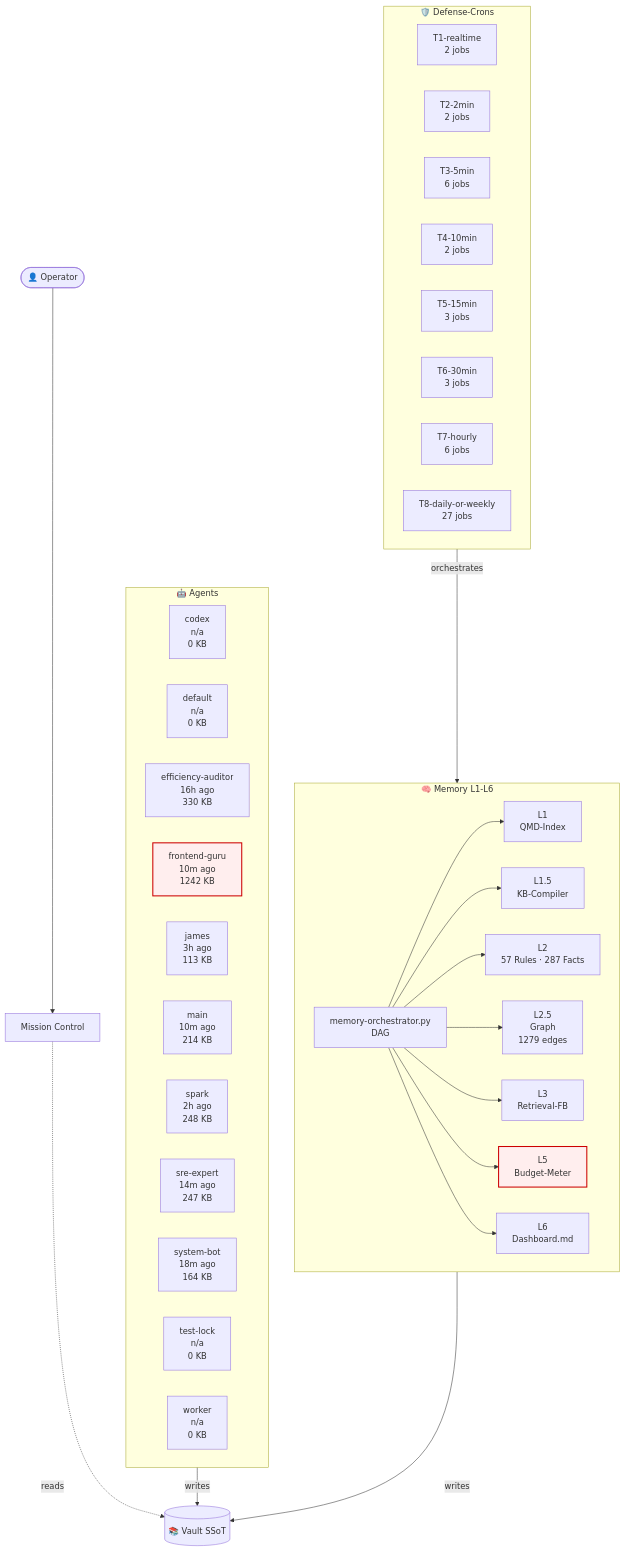
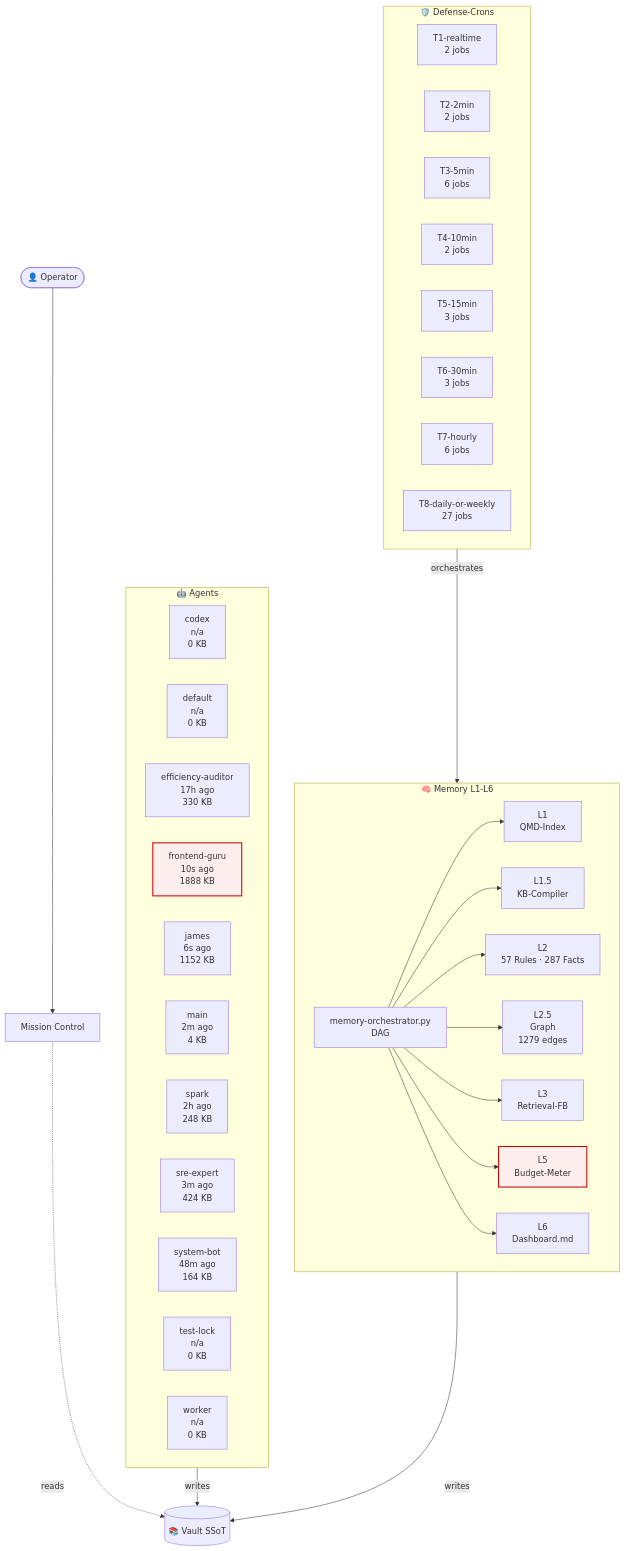
The diagram in 03-Agents/architecture-live.md (lenardhuebner88-rgb/openclaw-memory), drawn with Mermaid before and after one commit. The commit also changed other lines of this file and 6 other files, not shown here.

````diff
--- a/03-Agents/architecture-live.md
+++ b/03-Agents/architecture-live.md
@@ -18,54 +18,54 @@
 ```mermaid
 flowchart TB
     classDef critical fill:#fee,stroke:#c00,stroke-width:2px;
     subgraph AGT["🤖 Agents"]
         agent_codex["codex<br/>n/a<br/>0 KB"]
         agent_default["default<br/>n/a<br/>0 KB"]
-        agent_efficiency_auditor["efficiency-auditor<br/>16h ago<br/>330 KB"]
-        agent_frontend_guru["frontend-guru<br/>10m ago<br/>1242 KB"]
-        agent_james["james<br/>3h ago<br/>113 KB"]
-        agent_main["main<br/>10m ago<br/>214 KB"]
+        agent_efficiency_auditor["efficiency-auditor<br/>17h ago<br/>330 KB"]
+        agent_frontend_guru["frontend-guru<br/>10s ago<br/>1888 KB"]
+        agent_james["james<br/>6s ago<br/>1152 KB"]
+        agent_main["main<br/>2m ago<br/>4 KB"]
         agent_spark["spark<br/>2h ago<br/>248 KB"]
-        agent_sre_expert["sre-expert<br/>14m ago<br/>247 KB"]
-        agent_system_bot["system-bot<br/>18m ago<br/>164 KB"]
+        agent_sre_expert["sre-expert<br/>3m ago<br/>424 KB"]
+        agent_system_bot["system-bot<br/>48m ago<br/>164 KB"]
         agent_test_lock["test-lock<br/>n/a<br/>0 KB"]
         agent_worker["worker<br/>n/a<br/>0 KB"]
     end
     subgraph MEM["🧠 Memory L1-L6"]
         L1["L1<br/>QMD-Index"]
         L15["L1.5<br/>KB-Compiler"]
         L2["L2<br/>57 Rules · 287 Facts"]
         L25["L2.5<br/>Graph<br/>1279 edges"]
         L3["L3<br/>Retrieval-FB"]
         L5["L5<br/>Budget-Meter"]
         L6["L6<br/>Dashboard.md"]
         ORCH["memory-orchestrator.py<br/>DAG"]
     end
     subgraph CRN["🛡️ Defense-Crons"]
         tier_T1_realtime["T1-realtime<br/>2 jobs"]
         tier_T2_2min["T2-2min<br/>2 jobs"]
         tier_T3_5min["T3-5min<br/>6 jobs"]
         tier_T4_10min["T4-10min<br/>2 jobs"]
         tier_T5_15min["T5-15min<br/>3 jobs"]
         tier_T6_30min["T6-30min<br/>3 jobs"]
         tier_T7_hourly["T7-hourly<br/>6 jobs"]
         tier_T8_daily_or_weekly["T8-daily-or-weekly<br/>27 jobs"]
     end
     VAULT[("📚 Vault SSoT")]
     OP([👤 Operator])
     MC["Mission Control"]
     OP --> MC
     MC -.reads.-> VAULT
     AGT -->|writes| VAULT
     MEM -->|writes| VAULT
     ORCH --> L1
     ORCH --> L15
     ORCH --> L2
     ORCH --> L25
     ORCH --> L3
     ORCH --> L5
     ORCH --> L6
     CRN -->|orchestrates| MEM
     class L5 critical
     class agent_frontend_guru critical
 ```
````
